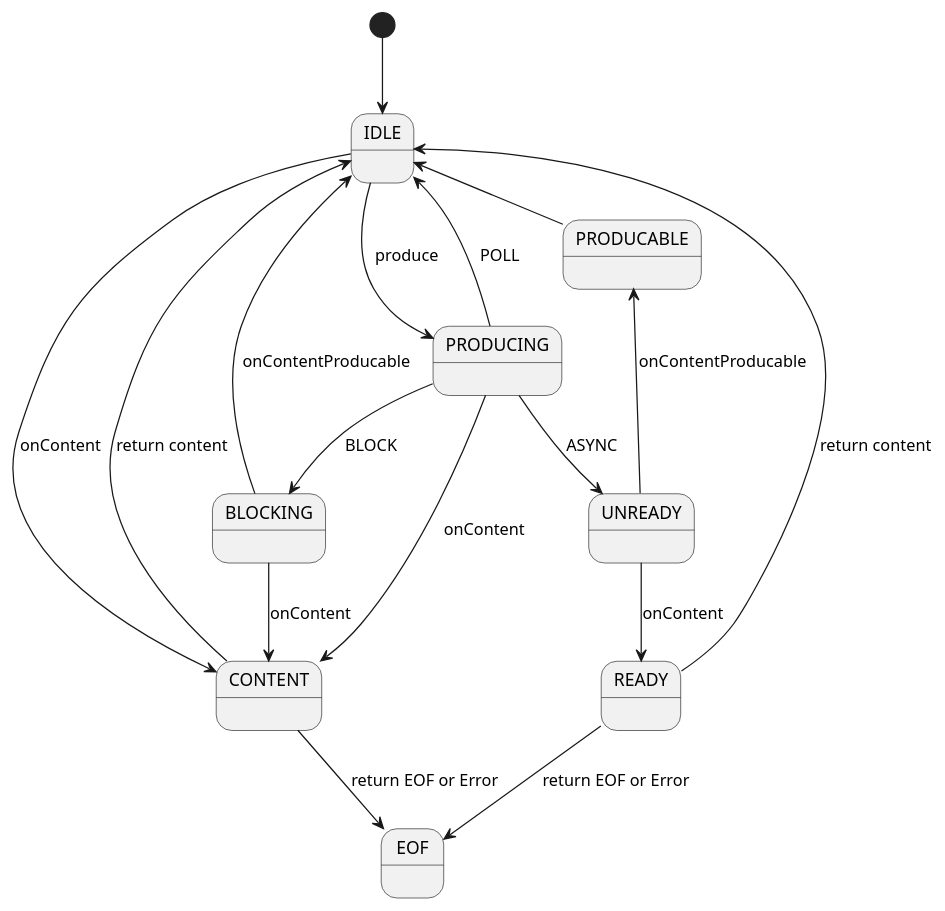
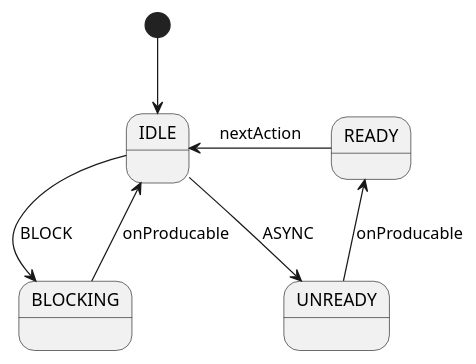
One commit to yangdy-buji/jetty.project changed the diagram in jetty-server/src/main/java/org/eclipse/jetty/server/HttpInputState.puml. Above: the diagram before and after it, drawn with PlantUML. The commit also changed 5 other files, not shown here.

```diff
--- a/jetty-server/src/main/java/org/eclipse/jetty/server/HttpInputState.puml
+++ b/jetty-server/src/main/java/org/eclipse/jetty/server/HttpInputState.puml
@@ -1,36 +1,18 @@
 @startuml
 
 IDLE:
-PRODUCING:
 BLOCKING:
-CONTENT:
 UNREADY:
-PRODUCABLE:
-READY:
-EOF:
 
 [*] --> IDLE
 
-IDLE --> CONTENT : onContent
-IDLE --> PRODUCING : produce
+IDLE --> BLOCKING : BLOCK
+IDLE --> UNREADY : ASYNC
 
-PRODUCING --> CONTENT : onContent
-PRODUCING -right-> IDLE : POLL
-PRODUCING --> BLOCKING : BLOCK
-PRODUCING --> UNREADY : ASYNC
+BLOCKING -up-> IDLE : onProducable
 
-CONTENT -left-> IDLE : return content
-CONTENT --> EOF : return EOF or Error
+UNREADY -up-> READY : onProducable
 
-BLOCKING --> CONTENT : onContent
-BLOCKING -up-> IDLE : onContentProducable
-
-UNREADY --> READY : onContent
-UNREADY -up-> PRODUCABLE : onContentProducable
-
-PRODUCABLE -left->IDLE : nextAction
-
-READY -up-> IDLE : return content
-READY --> EOF : return EOF or Error
+READY -left->IDLE : nextAction
 
 @enduml
```
